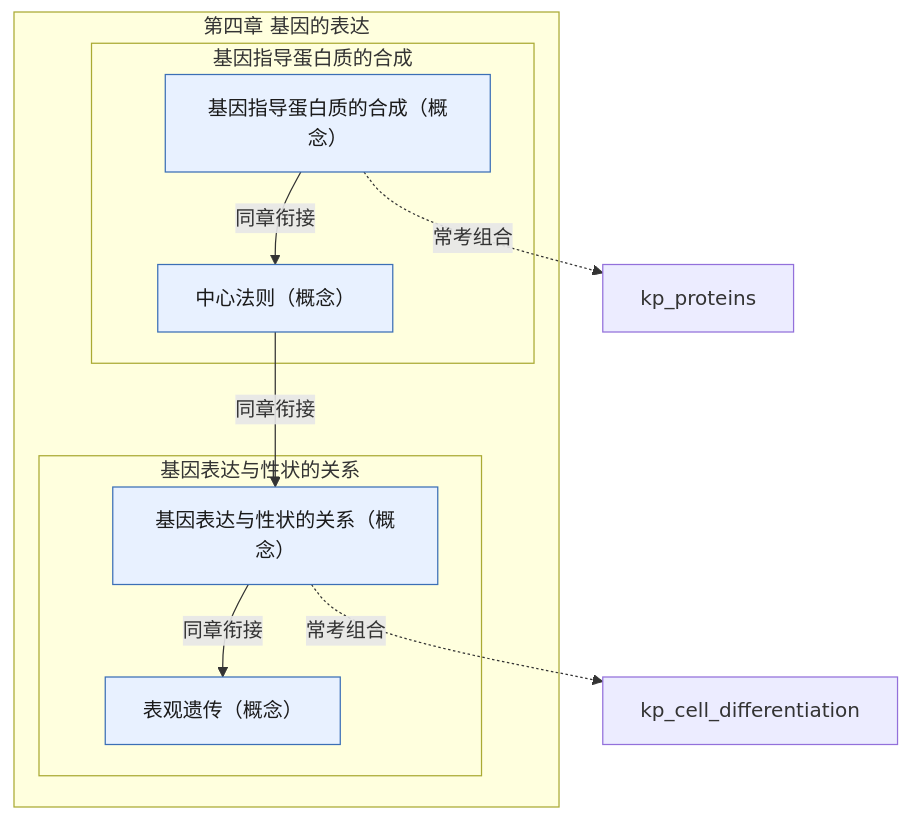
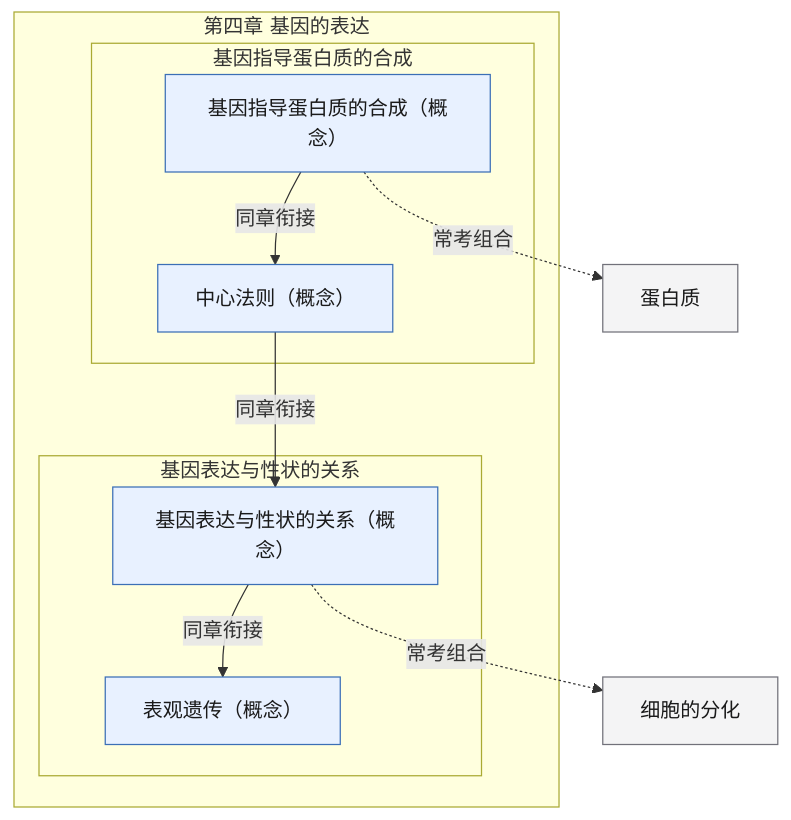
One commit to lihenair/high-school-ai-tutor-skill changed the diagram in skills/high-school-ai-tutor/references/pep-bio-bx2-ch4.md. Above: the diagram before and after it, drawn with Mermaid. The commit also changed 20 other files, not shown here.

Commit message:
feat(graph): 跨章常考组合渲染为中文显示名（灰色外部节点），不再显示英文代号

````diff
--- a/skills/high-school-ai-tutor/references/pep-bio-bx2-ch4.md
+++ b/skills/high-school-ai-tutor/references/pep-bio-bx2-ch4.md
@@ -5,22 +5,22 @@
 ```mermaid
 flowchart TD
   classDef concept fill:#E8F1FF,stroke:#3B6FB6,color:#1A1A1A
   classDef skill fill:#E7F6EE,stroke:#2E7D4F,color:#1A1A1A
   classDef experiment fill:#FFF4E5,stroke:#C47B17,color:#1A1A1A
   classDef later fill:#F4F4F5,stroke:#71717A,color:#1A1A1A
   subgraph ch["第四章 基因的表达"]
     subgraph s1["基因指导蛋白质的合成"]
       kp_transcription_translation["基因指导蛋白质的合成（概念）"]:::concept
       kp_central_dogma["中心法则（概念）"]:::concept
     end
     subgraph s2["基因表达与性状的关系"]
       kp_gene_expression_trait["基因表达与性状的关系（概念）"]:::concept
       kp_epigenetics["表观遗传（概念）"]:::concept
     end
   end
   kp_transcription_translation -->|同章衔接| kp_central_dogma
   kp_central_dogma -->|同章衔接| kp_gene_expression_trait
   kp_gene_expression_trait -->|同章衔接| kp_epigenetics
-  kp_transcription_translation -.->|常考组合| kp_proteins
-  kp_gene_expression_trait -.->|常考组合| kp_cell_differentiation
+  kp_transcription_translation -.->|常考组合| kp_proteins["蛋白质"]:::later
+  kp_gene_expression_trait -.->|常考组合| kp_cell_differentiation["细胞的分化"]:::later
 ```
````
